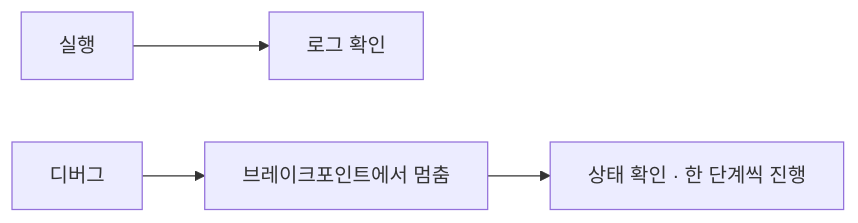
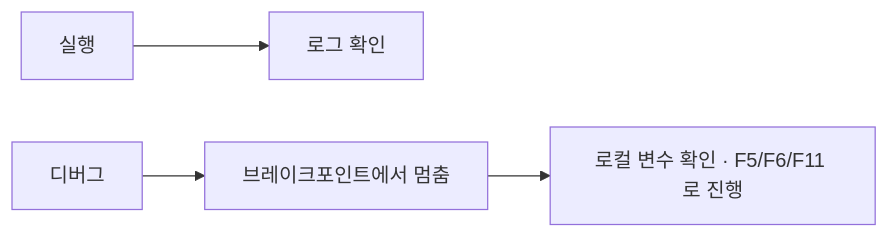
Before and after one commit to DxSolutions1/neorpa-docs: the second of 2 diagrams in docs/user/concepts.md, drawn with Mermaid. The commit also changed other lines of this file and 8 other files, not shown here.

````diff
--- a/docs/user/concepts.md
+++ b/docs/user/concepts.md
@@ -59,6 +101,6 @@
 ```mermaid
 flowchart LR
     R[실행] --> L[로그 확인]
     D[디버그] --> BP[브레이크포인트에서 멈춤]
-    BP --> S[상태 확인 · 한 단계씩 진행]
+    BP --> S[로컬 변수 확인 · F5/F6/F11 로 진행]
 ```
````
